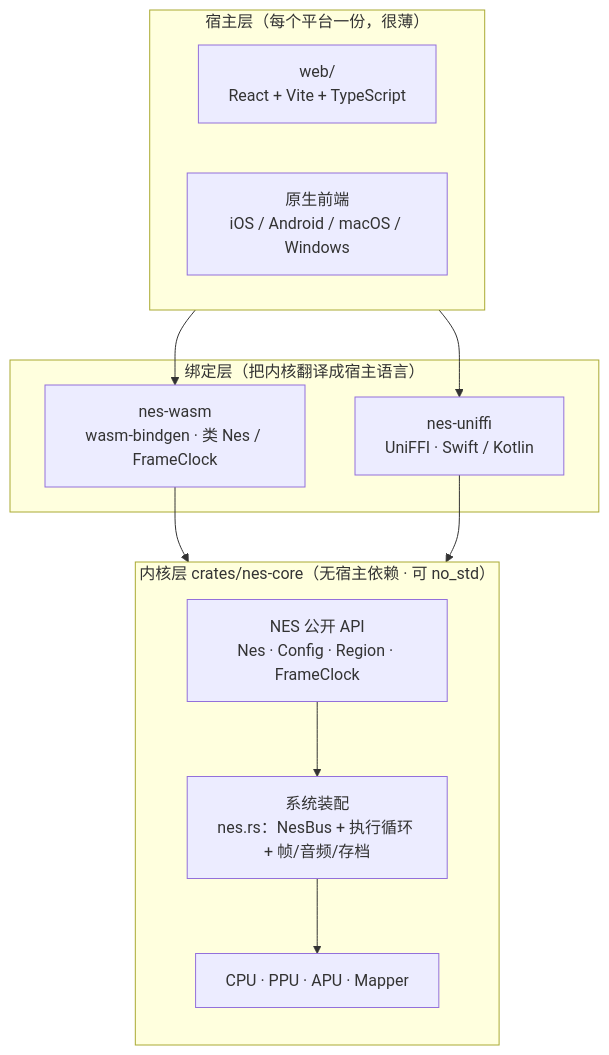
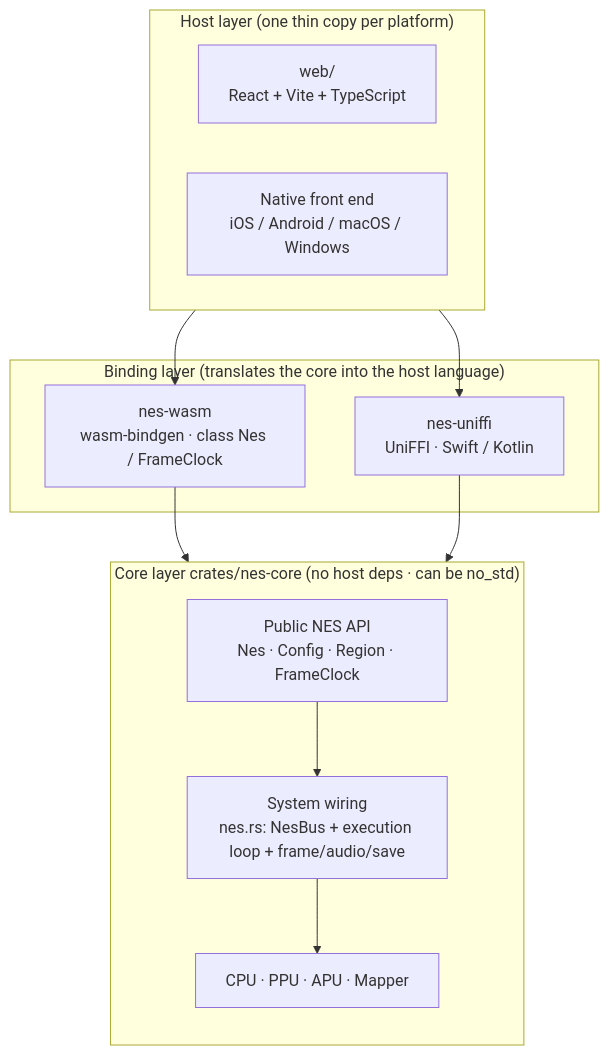
Before and after one commit to YufJi/nes-emulator: the first of 13 diagrams in docs/architecture.md, drawn with Mermaid. The commit also changed other lines of this file and 8 other files, not shown here.

````diff
--- a/docs/architecture.md
+++ b/docs/architecture.md
@@ -30,27 +34,27 @@
 ```mermaid
 flowchart TB
-    subgraph Host["宿主层（每个平台一份，很薄）"]
+    subgraph Host["Host layer (one thin copy per platform)"]
         direction LR
         Web["web/<br/>React + Vite + TypeScript"]
-        Native["原生前端<br/>iOS / Android / macOS / Windows"]
+        Native["Native front end<br/>iOS / Android / macOS / Windows"]
     end
 
-    subgraph Bindings["绑定层（把内核翻译成宿主语言）"]
-        Wasm["nes-wasm<br/>wasm-bindgen · 类 Nes / FrameClock"]
+    subgraph Bindings["Binding layer (translates the core into the host language)"]
+        Wasm["nes-wasm<br/>wasm-bindgen · class Nes / FrameClock"]
         Uni["nes-uniffi<br/>UniFFI · Swift / Kotlin"]
     end
 
-    subgraph Core["内核层 crates/nes-core（无宿主依赖 · 可 no_std）"]
+    subgraph Core["Core layer crates/nes-core (no host deps · can be no_std)"]
         direction TB
-        Api["NES 公开 API<br/>Nes · Config · Region · FrameClock"]
-        System["系统装配<br/>nes.rs：NesBus + 执行循环 + 帧/音频/存档"]
+        Api["Public NES API<br/>Nes · Config · Region · FrameClock"]
+        System["System wiring<br/>nes.rs: NesBus + execution loop + frame/audio/save"]
         Units["CPU · PPU · APU · Mapper"]
     end
 
     Web --> Wasm
     Native --> Uni
     Wasm --> Api
     Uni --> Api
     Api --> System
     System --> Units
 ```
````
